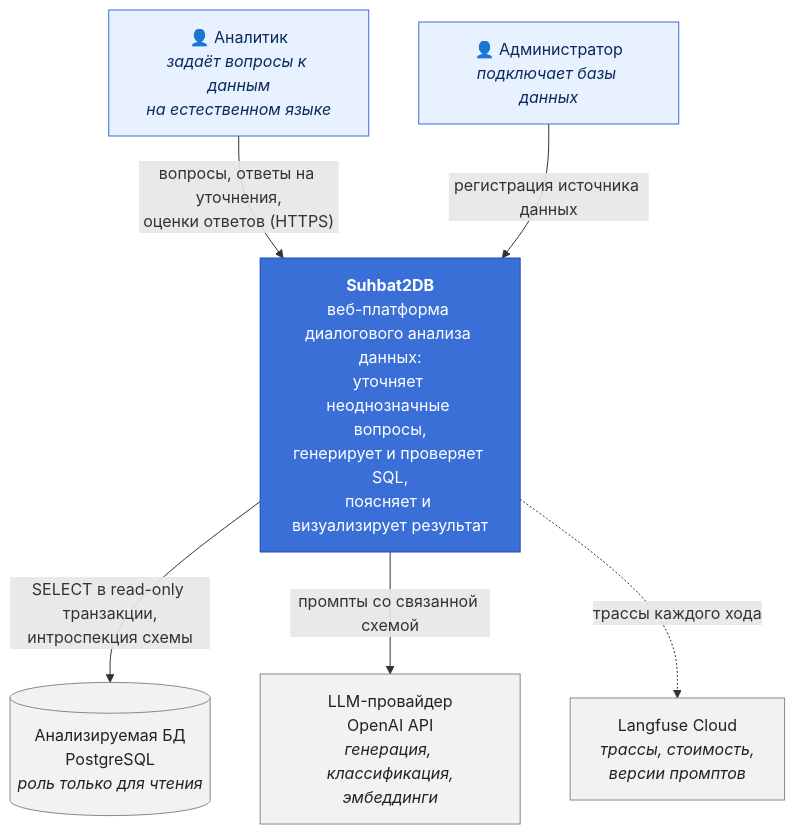
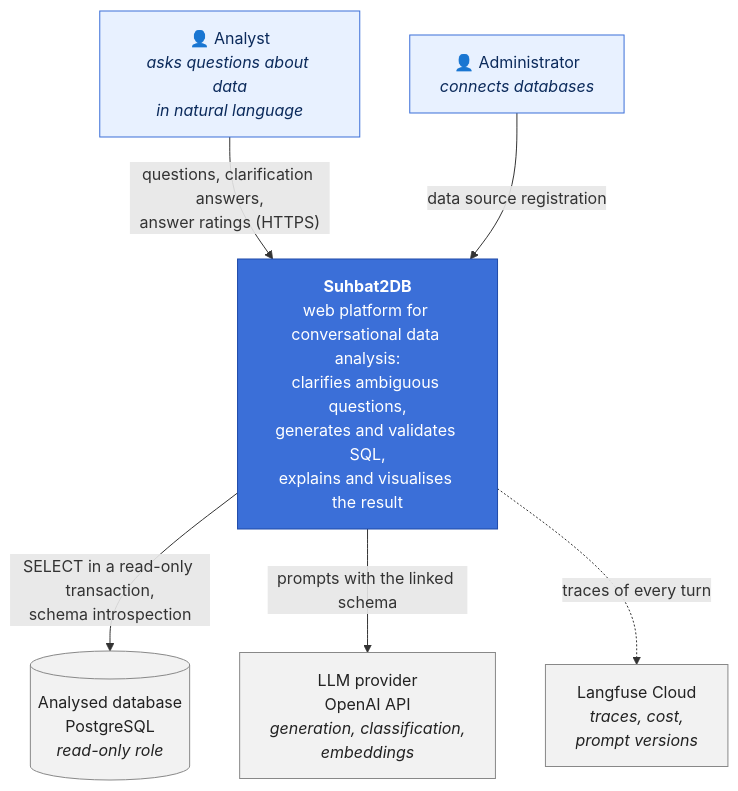
Before and after one commit to Abegerov4/Suhbat2DB: the diagram in docs/diagrams/context.mmd, drawn with Mermaid. The commit also changed 41 other files, not shown here.

First line of the commit message:
DIP-40: Translate documentation and diagrams into English

```diff
--- a/docs/diagrams/context.mmd
+++ b/docs/diagrams/context.mmd
@@ -1,23 +1,23 @@
-%% Диаграмма контекста системы (C4, уровень 1)
+%% System context diagram (C4, level 1)
 flowchart TB
-    analyst["👤 Аналитик<br/><i>задаёт вопросы к данным<br/>на естественном языке</i>"]
-    admin["👤 Администратор<br/><i>подключает базы данных</i>"]
+    analyst["👤 Analyst<br/><i>asks questions about data<br/>in natural language</i>"]
+    admin["👤 Administrator<br/><i>connects databases</i>"]
 
-    system["<b>Suhbat2DB</b><br/>веб-платформа диалогового анализа данных:<br/>уточняет неоднозначные вопросы,<br/>генерирует и проверяет SQL,<br/>поясняет и визуализирует результат"]
+    system["<b>Suhbat2DB</b><br/>web platform for conversational data analysis:<br/>clarifies ambiguous questions,<br/>generates and validates SQL,<br/>explains and visualises the result"]
 
-    target[("Анализируемая БД<br/>PostgreSQL<br/><i>роль только для чтения</i>")]
-    llm["LLM-провайдер<br/>OpenAI API<br/><i>генерация, классификация,<br/>эмбеддинги</i>"]
-    langfuse["Langfuse Cloud<br/><i>трассы, стоимость,<br/>версии промптов</i>"]
+    target[("Analysed database<br/>PostgreSQL<br/><i>read-only role</i>")]
+    llm["LLM provider<br/>OpenAI API<br/><i>generation, classification,<br/>embeddings</i>"]
+    langfuse["Langfuse Cloud<br/><i>traces, cost,<br/>prompt versions</i>"]
 
-    analyst -->|"вопросы, ответы на уточнения,<br/>оценки ответов (HTTPS)"| system
-    admin -->|"регистрация источника данных"| system
-    system -->|"SELECT в read-only транзакции,<br/>интроспекция схемы"| target
-    system -->|"промпты со связанной схемой"| llm
-    system -.->|"трассы каждого хода"| langfuse
+    analyst -->|"questions, clarification answers,<br/>answer ratings (HTTPS)"| system
+    admin -->|"data source registration"| system
+    system -->|"SELECT in a read-only transaction,<br/>schema introspection"| target
+    system -->|"prompts with the linked schema"| llm
+    system -.->|"traces of every turn"| langfuse
 
     classDef person fill:#e8f1ff,stroke:#3b6fd8,color:#0b2a5b
     classDef sys fill:#3b6fd8,stroke:#1f4aa8,color:#ffffff
     classDef ext fill:#f2f2f2,stroke:#888888,color:#222222
     class analyst,admin person
     class system sys
     class target,llm,langfuse ext
```
